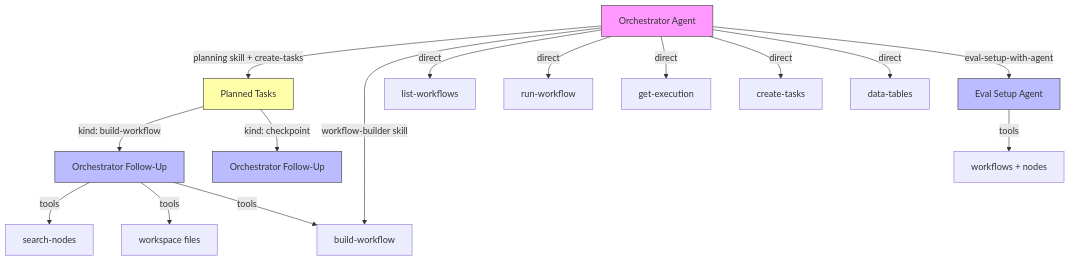
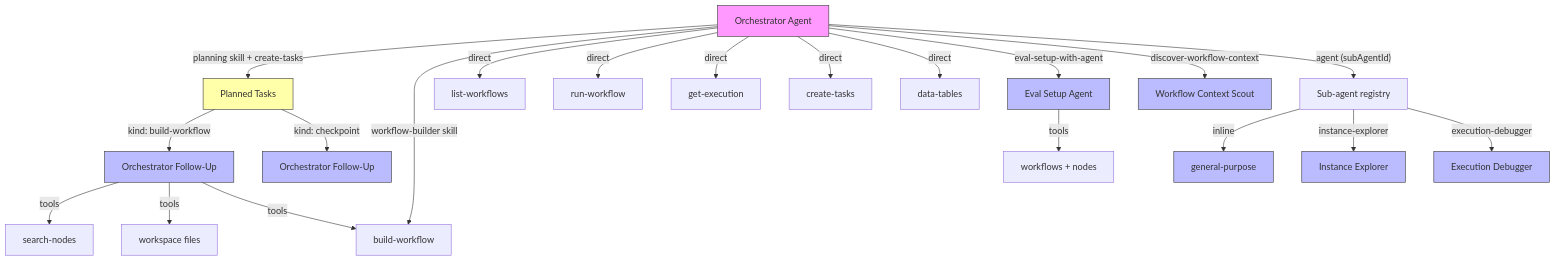
The second of 2 diagrams in packages/@n8n/instance-ai/docs/architecture.md (mayankjain1815-commits/n8n), drawn with Mermaid before and after one commit. The commit also changed other lines of this file and 38 other files, not shown here.

````diff
--- a/packages/@n8n/instance-ai/docs/architecture.md
+++ b/packages/@n8n/instance-ai/docs/architecture.md
@@ -133,25 +140,34 @@
 ```mermaid
 graph TD
     O[Orchestrator Agent] -->|planning skill + create-tasks| S3[Planned Tasks]
     O -->|workflow-builder skill| T10[build-workflow]
     O -->|direct| T1[list-workflows]
     O -->|direct| T2[run-workflow]
     O -->|direct| T3[get-execution]
     O -->|direct| T4[create-tasks]
     O -->|direct| T5[data-tables]
     O -->|eval-setup-with-agent| S5[Eval Setup Agent]
+    O -->|discover-workflow-context| S7["Workflow Context Scout"]
+    O -->|"agent (subAgentId)"| S8["Sub-agent registry"]
 
     S3 -->|kind: build-workflow| S4[Orchestrator Follow-Up]
     S3 -->|kind: checkpoint| S6[Orchestrator Follow-Up]
 
     S4 -->|tools| T8[search-nodes]
     S4 -->|tools| T9[workspace files]
     S4 -->|tools| T10
     S5 -->|tools| T11[workflows + nodes]
+    S8 -->|"inline"| S9[general-purpose]
+    S8 -->|"instance-explorer"| S10[Instance Explorer]
+    S8 -->|"execution-debugger"| S11[Execution Debugger]
 
     style O fill:#f9f,stroke:#333
     style S3 fill:#ffa,stroke:#333
     style S4 fill:#bbf,stroke:#333
     style S5 fill:#bbf,stroke:#333
     style S6 fill:#bbf,stroke:#333
+    style S7 fill:#bbf,stroke:#333
+    style S9 fill:#bbf,stroke:#333
+    style S10 fill:#bbf,stroke:#333
+    style S11 fill:#bbf,stroke:#333
 ```
````
